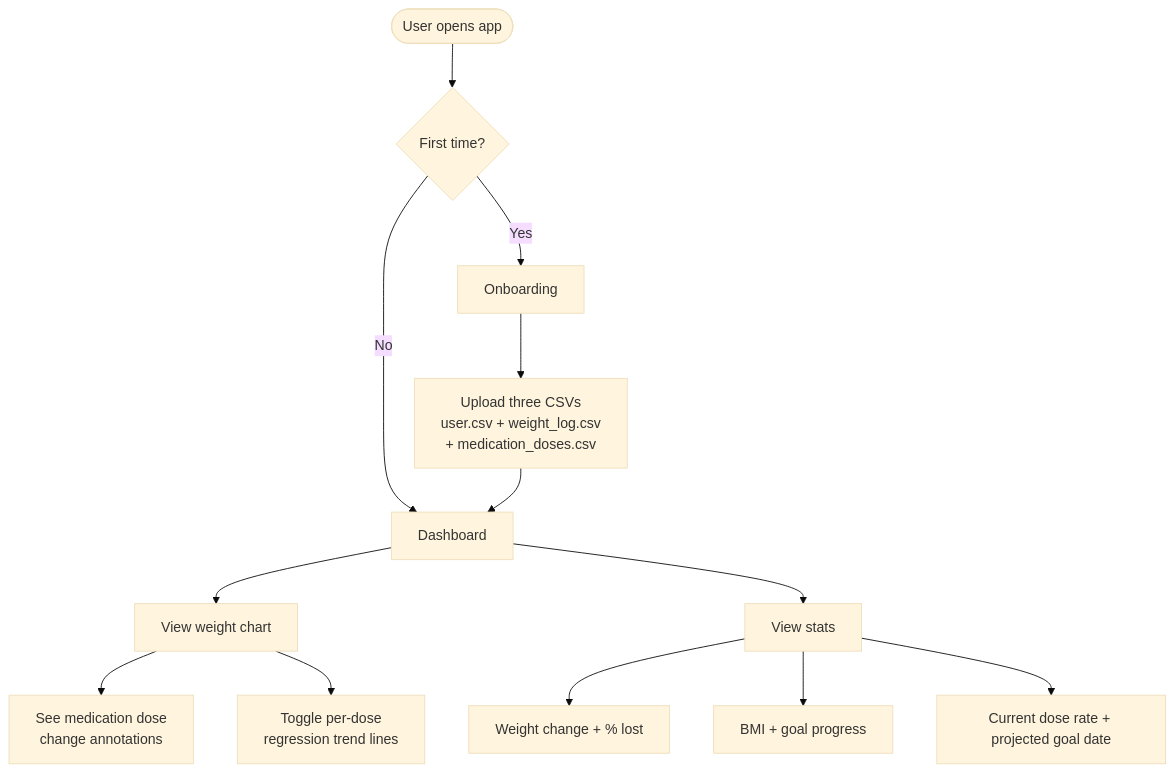
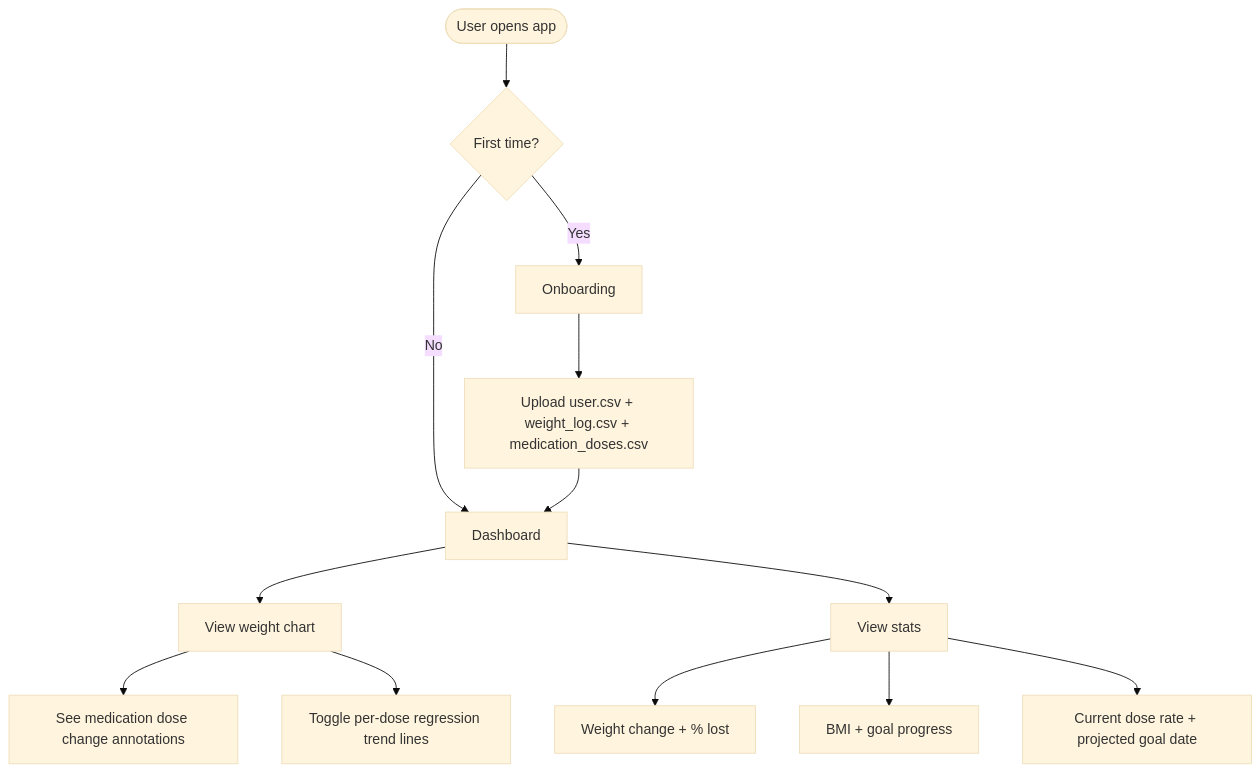
Before and after one commit to LFairbairn/weight-tracker: the second of 2 diagrams in README.md, drawn with Mermaid (base theme). The commit also changed other lines of this file, not shown here.

Commit message:
fix syntax to render mermaid diagrams README.md

````diff
--- a/README.md
+++ b/README.md
@@ -121,19 +121,19 @@
 ```mermaid
 flowchart TD
     A([User opens app]) --> H{First time?}
 
     H -->|No| B[Dashboard]
     H -->|Yes| G[Onboarding]
 
-    G --> G1[Upload three CSVs\nuser.csv + weight_log.csv\n+ medication_doses.csv]
+    G --> G1[Upload user.csv + weight_log.csv + medication_doses.csv]
     G1 --> B
 
     B --> C[View weight chart]
-    C --> C2[See medication dose\nchange annotations]
-    C --> C3[Toggle per-dose\nregression trend lines]
+    C --> C2[See medication dose change annotations]
+    C --> C3[Toggle per-dose regression trend lines]
 
     B --> F[View stats]
     F --> F1[Weight change + % lost]
     F --> F2[BMI + goal progress]
     F --> F3[Current dose rate + projected goal date]
 ```
````
